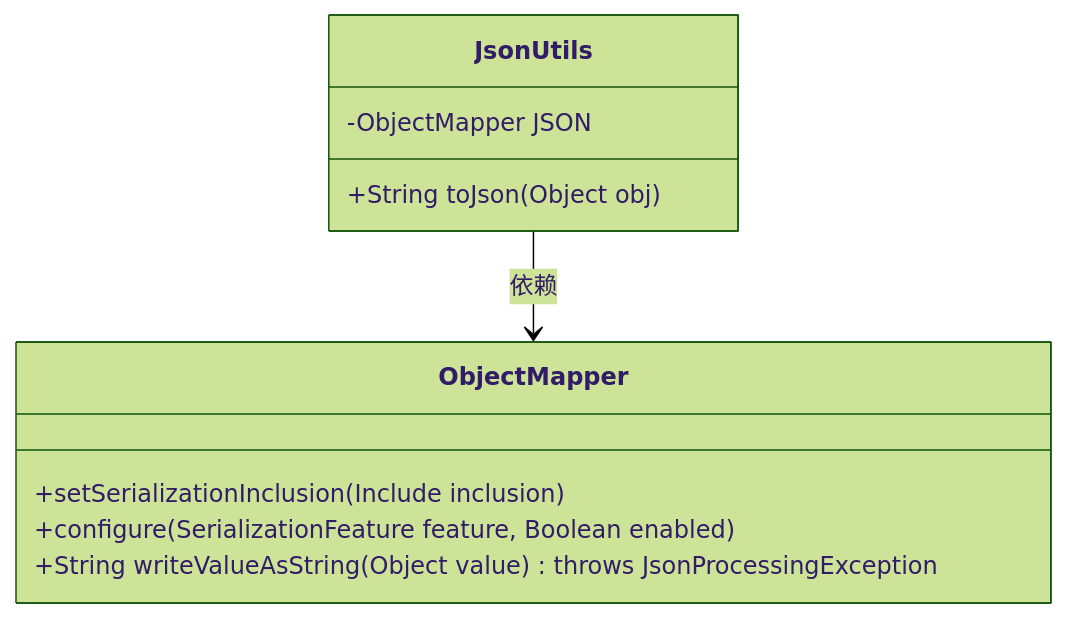
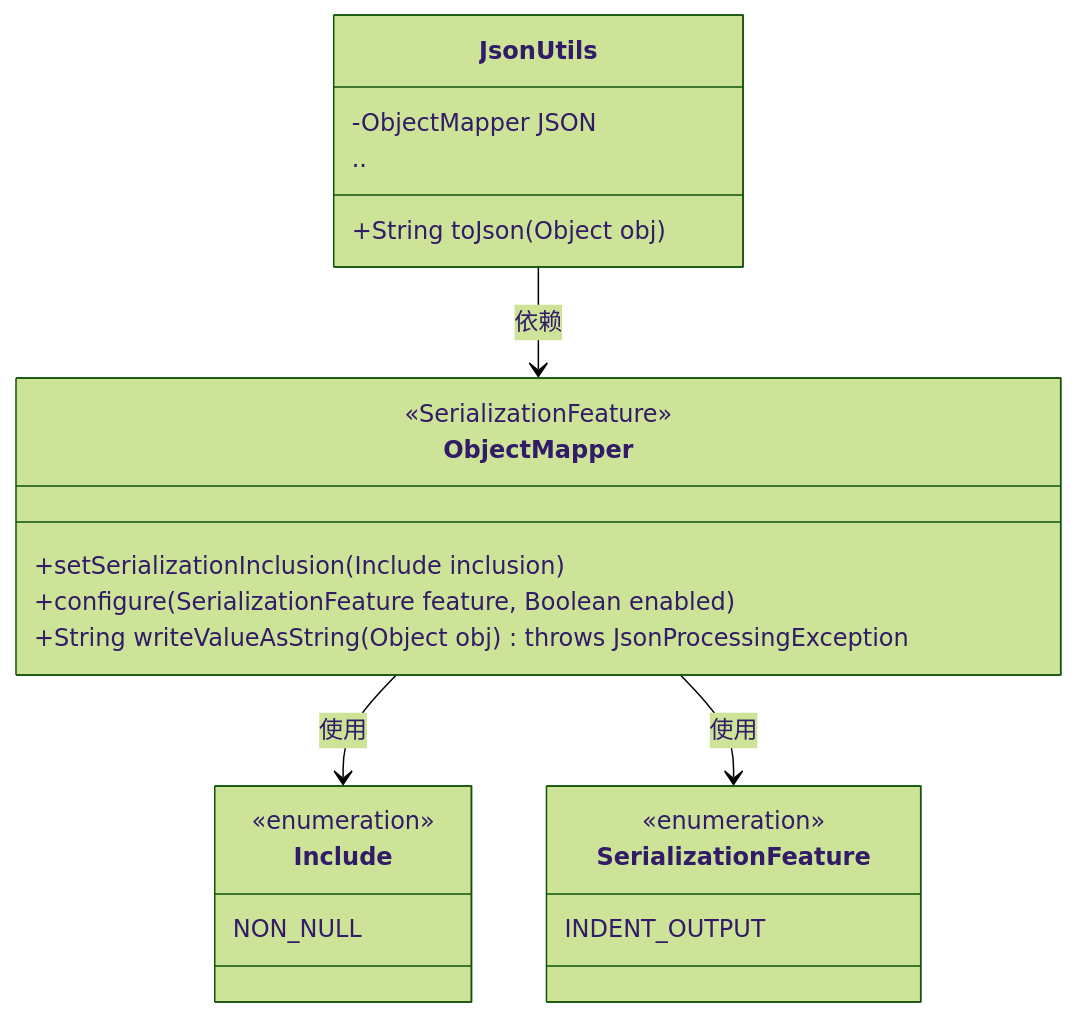
The first of 2 diagrams in docs/zh/docs/src/main/java/com/github/binarywang/demo/wx/miniapp/utils/JsonUtils.md (v-wjrong/rongwj666_weixin-java-miniapp-demo), drawn with Mermaid (forest theme) before and after one commit. The commit also changed other lines of this file and 47 other files, not shown here.

````diff
--- a/docs/zh/docs/src/main/java/com/github/binarywang/demo/wx/miniapp/utils/JsonUtils.md
+++ b/docs/zh/docs/src/main/java/com/github/binarywang/demo/wx/miniapp/utils/JsonUtils.md
@@ -36,15 +36,25 @@
 ```mermaid
 classDiagram
     class JsonUtils {
         -ObjectMapper JSON
+        ..
         +String toJson(Object obj)
     }
-
     class ObjectMapper {
+        <<SerializationFeature>>
         +setSerializationInclusion(Include inclusion)
         +configure(SerializationFeature feature, Boolean enabled)
-        +String writeValueAsString(Object value) throws JsonProcessingException
+        +String writeValueAsString(Object obj) throws JsonProcessingException
     }
-
+    class Include {
+        <<enumeration>>
+        NON_NULL
+    }
+    class SerializationFeature {
+        <<enumeration>>
+        INDENT_OUTPUT
+    }
     JsonUtils --> ObjectMapper : 依赖
+    ObjectMapper --> Include : 使用
+    ObjectMapper --> SerializationFeature : 使用
 ```
````
